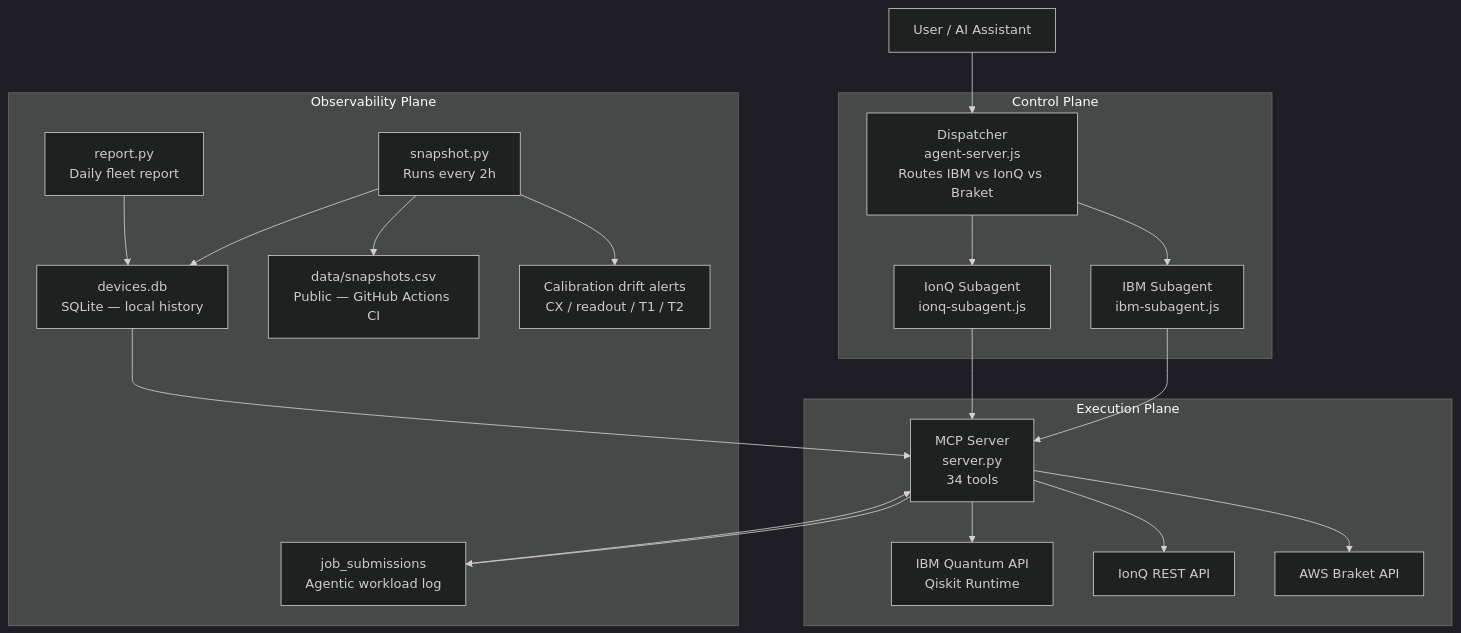
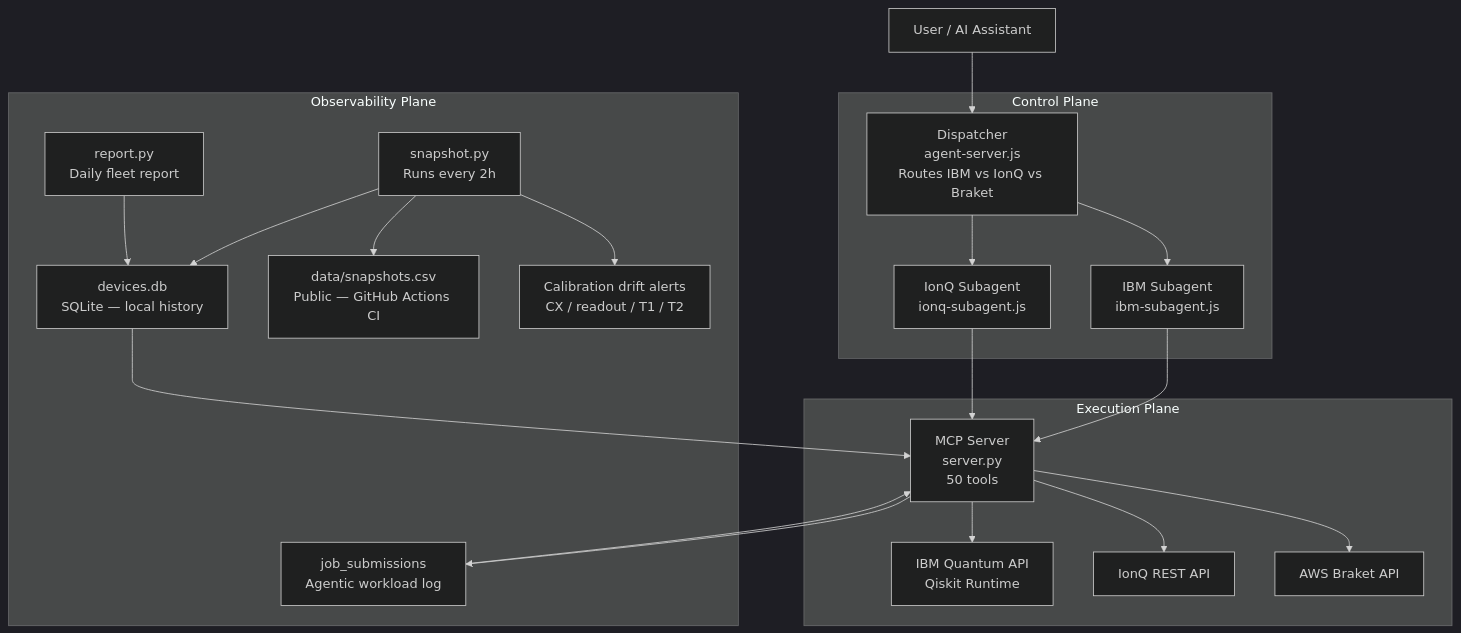
The diagram in README.md (Lokesh-2025/quantum-hardware-mcp), drawn with Mermaid (dark theme) before and after one commit. The commit also changed other lines of this file, not shown here.

First line of the commit message:
docs: update README for today's IonQ tooling — tool count 47->50, document new tools

````diff
--- a/README.md
+++ b/README.md
@@ -62,42 +62,42 @@
 ```mermaid
 graph TD
     User["User / AI Assistant"]
 
     subgraph Control Plane
         Dispatcher["Dispatcher\nagent-server.js\nRoutes IBM vs IonQ vs Braket"]
         IBMAgent["IBM Subagent\nibm-subagent.js"]
         IonQAgent["IonQ Subagent\nionq-subagent.js"]
     end
 
     subgraph Execution Plane
-        MCP["MCP Server\nserver.py\n34 tools"]
+        MCP["MCP Server\nserver.py\n50 tools"]
         IBMAPI["IBM Quantum API\nQiskit Runtime"]
         IonQAPI["IonQ REST API"]
         BraketAPI["AWS Braket API"]
     end
 
     subgraph Observability Plane
         Snapshot["snapshot.py\nRuns every 2h"]
         DB["devices.db\nSQLite — local history"]
         CSV["data/snapshots.csv\nPublic — GitHub Actions CI"]
         Jobs["job_submissions\nAgentic workload log"]
         Report["report.py\nDaily fleet report"]
         Alerts["Calibration drift alerts\nCX / readout / T1 / T2"]
     end
 
     User --> Dispatcher
     Dispatcher --> IBMAgent
     Dispatcher --> IonQAgent
     IBMAgent --> MCP
     IonQAgent --> MCP
     MCP --> IBMAPI
     MCP --> IonQAPI
     MCP --> BraketAPI
     Snapshot --> DB
     Snapshot --> CSV
     Snapshot --> Alerts
     MCP --> Jobs
     DB --> MCP
     Jobs --> MCP
     Report --> DB
 ```
````
